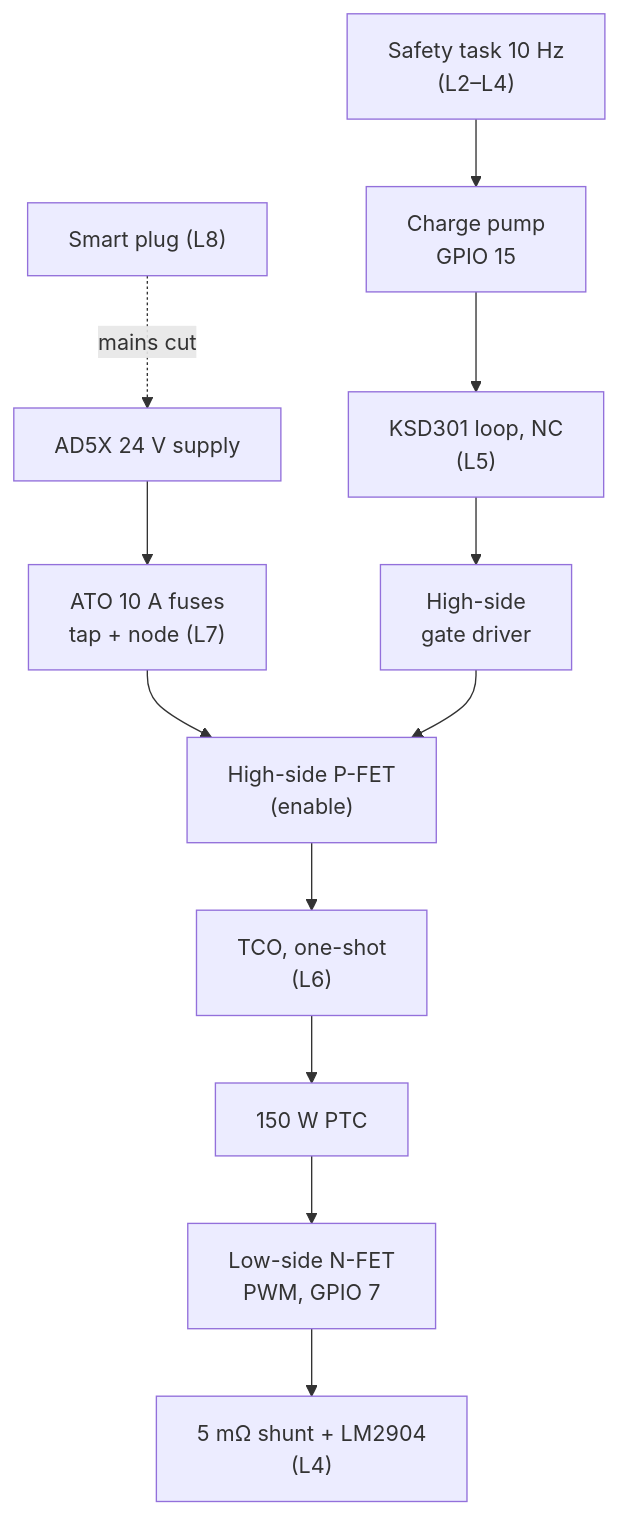
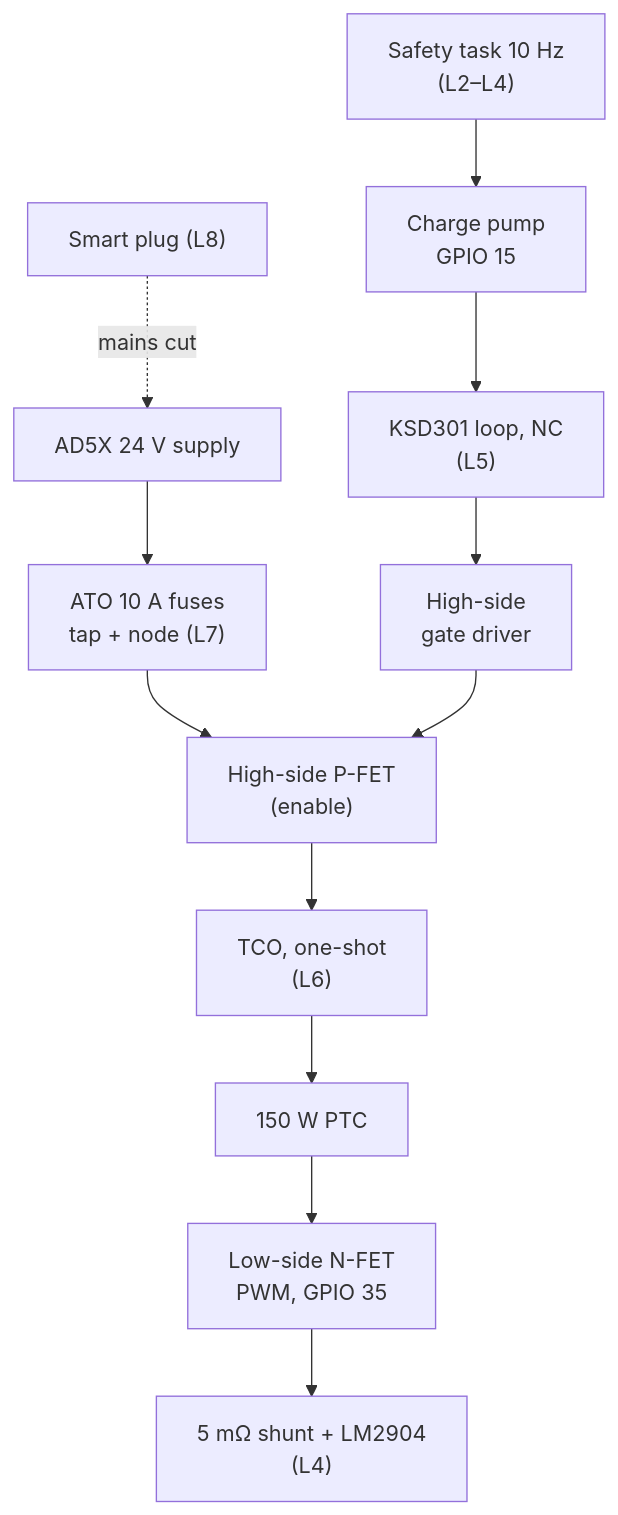
One commit to BashfulBits/3dp-fleet-exhaust changed the first of 5 diagrams in docs/05_safety_and_failsafes.md. Above: the diagram before and after it, drawn with Mermaid. The commit also changed other lines of this file and 5 other files, not shown here.

````diff
--- a/docs/05_safety_and_failsafes.md
+++ b/docs/05_safety_and_failsafes.md
@@ -48,14 +48,14 @@
 ```mermaid
 flowchart TB
   PLUG["Smart plug (L8)"] -.->|"mains cut"| PSU["AD5X 24 V supply"]
   PSU --> F["ATO 10 A fuses<br>tap + node (L7)"]
   F --> HS["High-side P-FET<br>(enable)"]
   HS --> TCO["TCO, one-shot<br>(L6)"]
   TCO --> PTC["150 W PTC"]
-  PTC --> LS["Low-side N-FET<br>PWM, GPIO 7"]
+  PTC --> LS["Low-side N-FET<br>PWM, GPIO 35"]
   LS --> SH["5 mΩ shunt + LM2904<br>(L4)"]
   ST["Safety task 10 Hz<br>(L2–L4)"] --> CP["Charge pump<br>GPIO 15"]
   CP --> KSD["KSD301 loop, NC<br>(L5)"]
   KSD --> GD["High-side<br>gate driver"]
   GD --> HS
 ```
````
